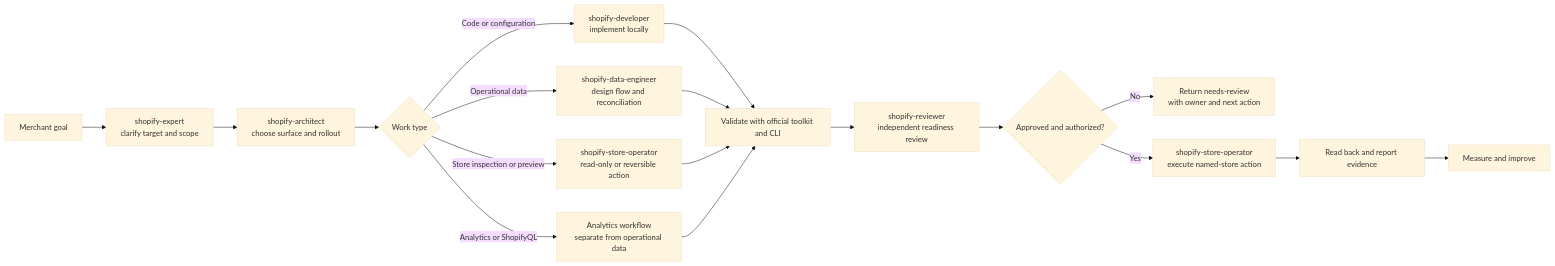
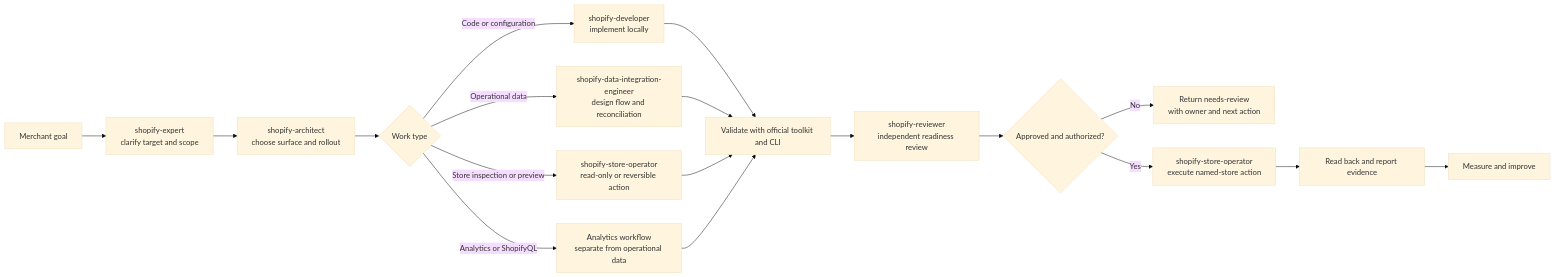
Before and after one commit to jjeb/shopify-agent-methodology: the diagram in docs/workflows/shopify-lifecycle.md, drawn with Mermaid (base theme). The commit also changed 40 other files, not shown here.

Commit message:
docs: rename data integration engineer role

````diff
--- a/docs/workflows/shopify-lifecycle.md
+++ b/docs/workflows/shopify-lifecycle.md
@@ -6,20 +6,20 @@
 ```mermaid
 flowchart LR
     A[Merchant goal] --> B[shopify-expert\nclarify target and scope]
     B --> C[shopify-architect\nchoose surface and rollout]
     C --> D{Work type}
     D -->|Code or configuration| E[shopify-developer\nimplement locally]
-    D -->|Operational data| F[shopify-data-engineer\ndesign flow and reconciliation]
+    D -->|Operational data| F[shopify-data-integration-engineer\ndesign flow and reconciliation]
     D -->|Store inspection or preview| G[shopify-store-operator\nread-only or reversible action]
     D -->|Analytics or ShopifyQL| H[Analytics workflow\nseparate from operational data]
     E --> I[Validate with official toolkit and CLI]
     F --> I
     G --> I
     H --> I
     I --> J[shopify-reviewer\nindependent readiness review]
     J --> K{Approved and authorized?}
     K -->|No| L[Return needs-review\nwith owner and next action]
     K -->|Yes| M[shopify-store-operator\nexecute named-store action]
     M --> N[Read back and report evidence]
     N --> O[Measure and improve]
 ```
````
